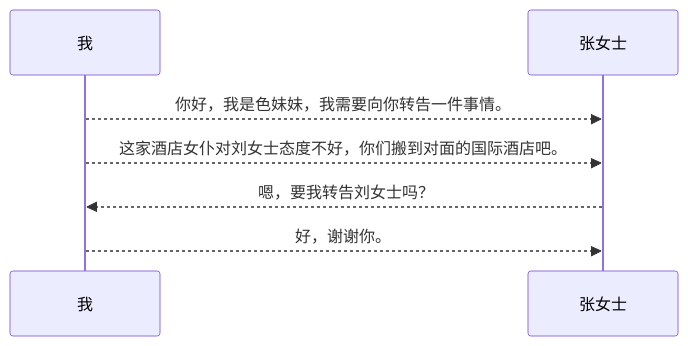
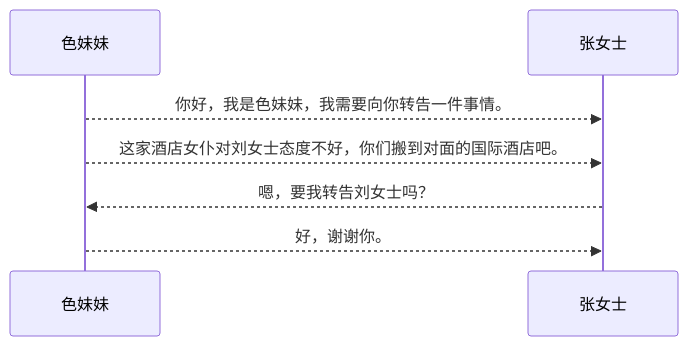
Before and after one commit to sb-child/sb-child: diagram 16 of 27 in content/posts/the-comments-system.md, drawn with Mermaid. The commit also changed other lines of this file, not shown here.

````diff
--- a/content/posts/the-comments-system.md
+++ b/content/posts/the-comments-system.md
@@ -354,7 +354,7 @@
 ```mermaid
 sequenceDiagram
-    我-->>张女士: 你好，我是色妹妹，我需要向你转告一件事情。
-    我-->>张女士: 这家酒店女仆对刘女士态度不好，你们搬到对面的国际酒店吧。
-    张女士-->>我: 嗯，要我转告刘女士吗？
-    我-->>张女士: 好，谢谢你。
+    色妹妹-->>张女士: 你好，我是色妹妹，我需要向你转告一件事情。
+    色妹妹-->>张女士: 这家酒店女仆对刘女士态度不好，你们搬到对面的国际酒店吧。
+    张女士-->>色妹妹: 嗯，要我转告刘女士吗？
+    色妹妹-->>张女士: 好，谢谢你。
 ```
````
